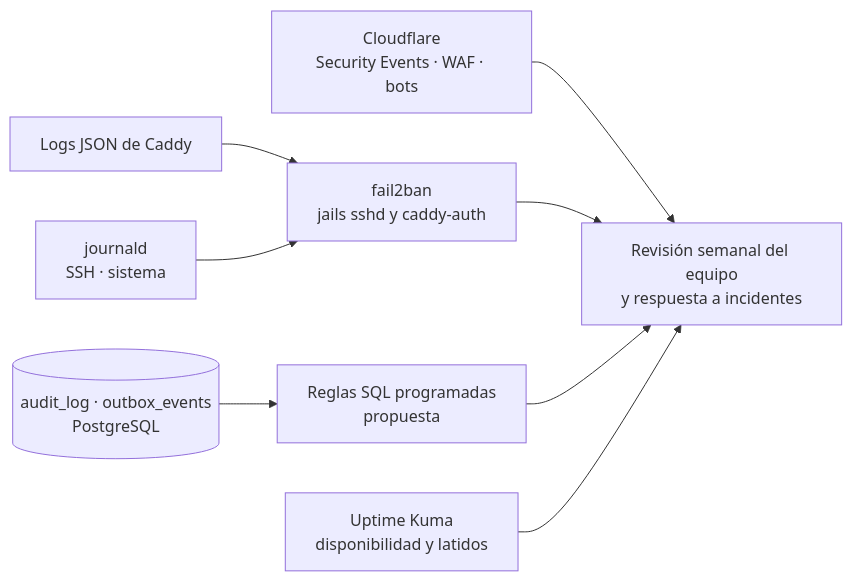
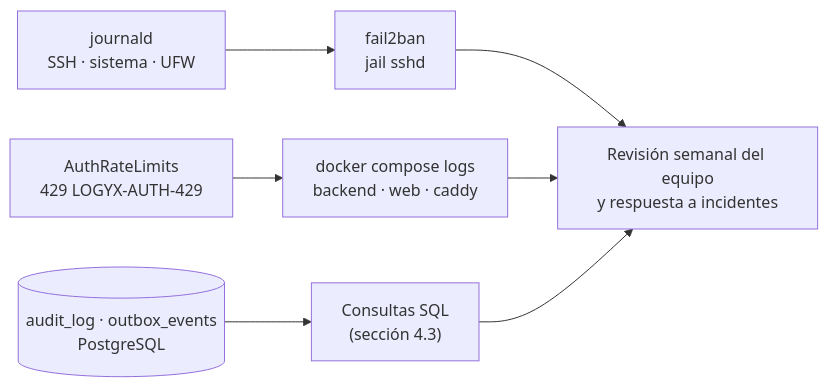
Before and after one commit to TheReeds/ProyectoEPE-LOGYX: the diagram in docs/infraestructura/semestre-2/implementacion-seguridad.md, drawn with Mermaid. The commit also changed other lines of this file and 9 other files, not shown here.

````diff
--- a/docs/infraestructura/semestre-2/implementacion-seguridad.md
+++ b/docs/infraestructura/semestre-2/implementacion-seguridad.md
@@ -378,18 +301,14 @@
 ```mermaid
 graph LR
-    CF["Cloudflare<br/>Security Events · WAF · bots"]
-    CADDY["Logs JSON de Caddy"]
-    JRN["journald<br/>SSH · sistema"]
+    JRN["journald<br/>SSH · sistema · UFW"]
+    F2B["fail2ban<br/>jail sshd"]
+    APP["AuthRateLimits<br/>429 LOGYX-AUTH-429"]
+    LOGS["docker compose logs<br/>backend · web · caddy"]
     DBLOGS[("audit_log · outbox_events<br/>PostgreSQL")]
-    F2B["fail2ban<br/>jails sshd y caddy-auth"]
-    SQL["Reglas SQL programadas<br/>propuesta"]
-    KUMA["Uptime Kuma<br/>disponibilidad y latidos"]
+    SQL["Consultas SQL<br/>(sección 4.3)"]
     REV["Revisión semanal del equipo<br/>y respuesta a incidentes"]
 
-    CF --> REV
-    CADDY --> F2B
-    JRN --> F2B
-    F2B --> REV
+    JRN --> F2B --> REV
+    APP --> LOGS --> REV
     DBLOGS --> SQL --> REV
-    KUMA --> REV
 ```
````
